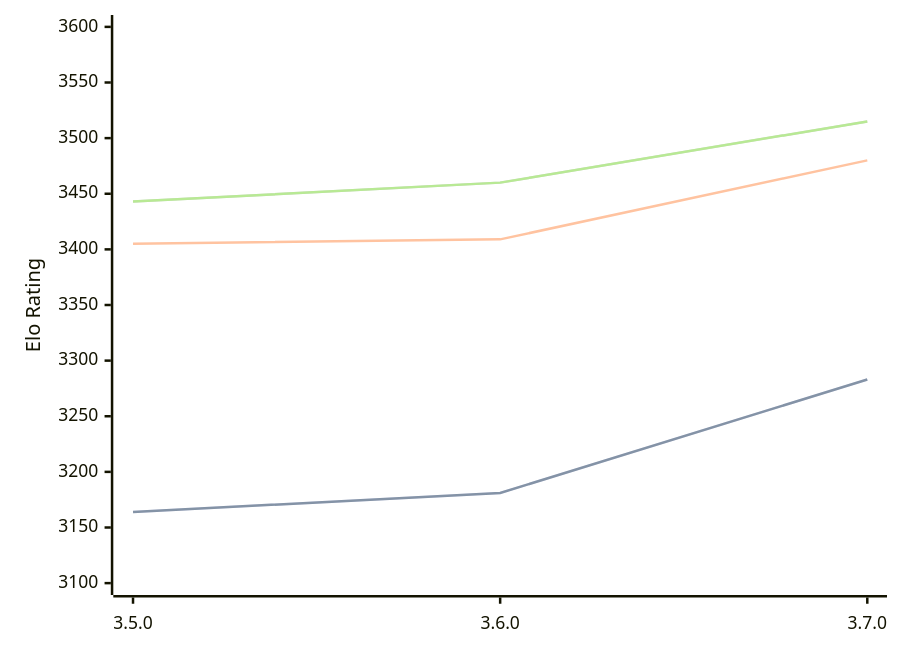
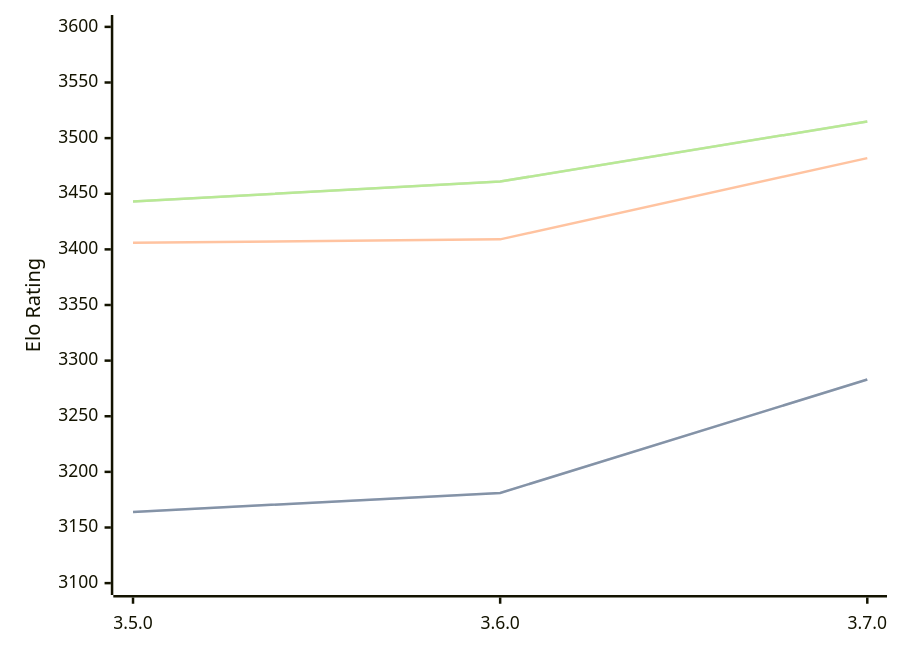
One commit to computer-chess-index/cci changed the diagram in engines/Igel.md. Above: the diagram before and after it, drawn with Mermaid. The commit also changed other lines of this file, not shown here.

Commit message:
Update CCI Ratings (ELO VLTC) - 2026-09-02

````diff
--- a/engines/Igel.md
+++ b/engines/Igel.md
@@ -33,11 +33,11 @@
 ```mermaid
 %%{init: {"theme":"base","themeVariables":{"seriesColors:['#a3a3a3','#222221','#faa371']}}}%%
 xychart-beta
   x-axis ["3.5.0", "3.6.0", "3.7.0"]
   y-axis "Elo Rating" 3100 --> 3600
   line "" [3164, 3181, 3283]
   line "STC (8.0+0.08s)" [3164, 3181, 3283]
-  line "LTC (60.0+0.60s)" [3405, 3409, 3480]
-  line "" [3443, 3460, 3515]
-  line "VLTC (2m24s+1.12s)" [3443, 3460, 3515]
+  line "LTC (60.0+0.60s)" [3406, 3409, 3482]
+  line "" [3443, 3461, 3515]
+  line "VLTC (2m24s+1.12s)" [3443, 3461, 3515]
 ```
````
